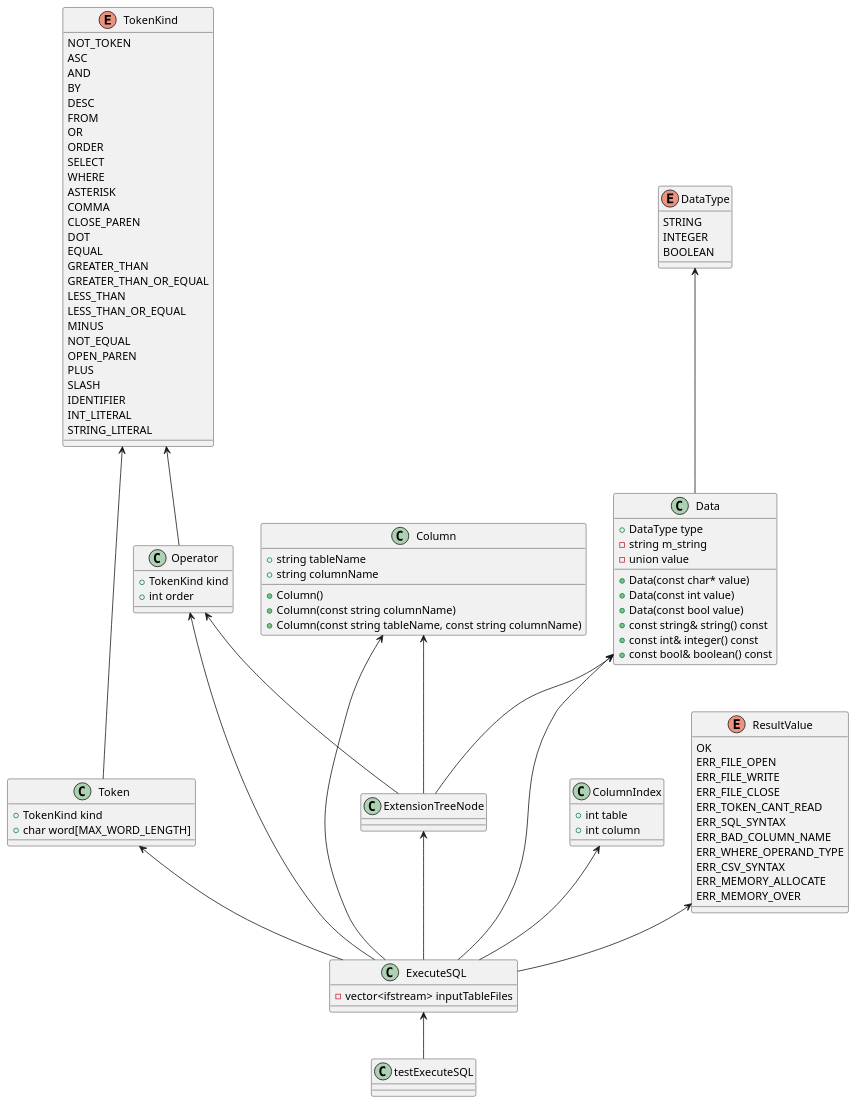
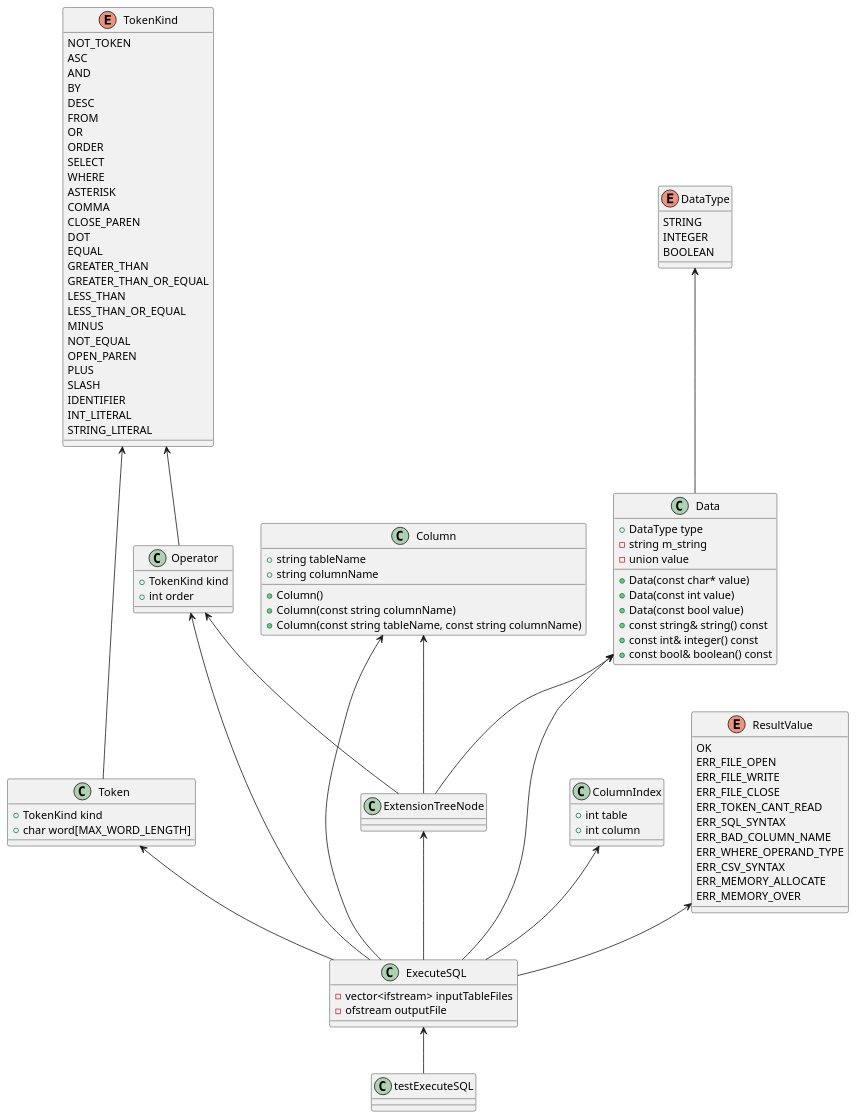
The diagram in ExecuteSQL.pu (yotten/TinySQL), drawn with PlantUML before and after one commit. The commit also changed 1 other file, not shown here.

```diff
--- a/ExecuteSQL.pu
+++ b/ExecuteSQL.pu
@@ -1,100 +1,101 @@
 @startuml
 
 class testExecuteSQL {}
 class ExecuteSQL {
 	-vector<ifstream> inputTableFiles
-}
+	-ofstream outputFile
+}	
 class Data {
     +DataType type
 	-string m_string
 	-union value
 	+Data(const char* value)
 	+Data(const int value)
 	+Data(const bool value)
 	+const string& string() const
 	+const int& integer() const
 	+const bool& boolean() const
 }
 class Operator{
     +TokenKind kind
     +int order
 }
 class Token{
     +TokenKind kind
     +char word[MAX_WORD_LENGTH]
 }
 class ExtensionTreeNode{}
 class ColumnIndex{
     +int table
     +int column
 }
 class Column{
     +string tableName
     +string columnName
     +Column()
     +Column(const string columnName)
     +Column(const string tableName, const string columnName)
 }
 enum DataType{
    	STRING
 	INTEGER
 	BOOLEAN
 }
 enum TokenKind{
     NOT_TOKEN
 	ASC
 	AND
 	BY
 	DESC
 	FROM
 	OR
 	ORDER
 	SELECT
 	WHERE
 	ASTERISK
 	COMMA
 	CLOSE_PAREN
 	DOT
 	EQUAL
 	GREATER_THAN
 	GREATER_THAN_OR_EQUAL
 	LESS_THAN
 	LESS_THAN_OR_EQUAL
 	MINUS
 	NOT_EQUAL
 	OPEN_PAREN
 	PLUS
 	SLASH
 	IDENTIFIER
 	INT_LITERAL
 	STRING_LITERAL
 }
 enum ResultValue{
     OK
 	ERR_FILE_OPEN
 	ERR_FILE_WRITE
 	ERR_FILE_CLOSE
 	ERR_TOKEN_CANT_READ
 	ERR_SQL_SYNTAX
 	ERR_BAD_COLUMN_NAME
 	ERR_WHERE_OPERAND_TYPE
 	ERR_CSV_SYNTAX
 	ERR_MEMORY_ALLOCATE
 	ERR_MEMORY_OVER
 }
 
 ExecuteSQL <-- testExecuteSQL
 Data <-- ExecuteSQL
 Operator <-- ExecuteSQL
 Token <-- ExecuteSQL
 ExtensionTreeNode <-- ExecuteSQL
 ColumnIndex <-- ExecuteSQL
 Column <-- ExecuteSQL
 ResultValue <-- ExecuteSQL
 DataType <-- Data
 TokenKind <-- Token
 TokenKind <-- Operator
 Operator <-- ExtensionTreeNode
 Column <-- ExtensionTreeNode
 Data <-- ExtensionTreeNode
 @enduml
```
